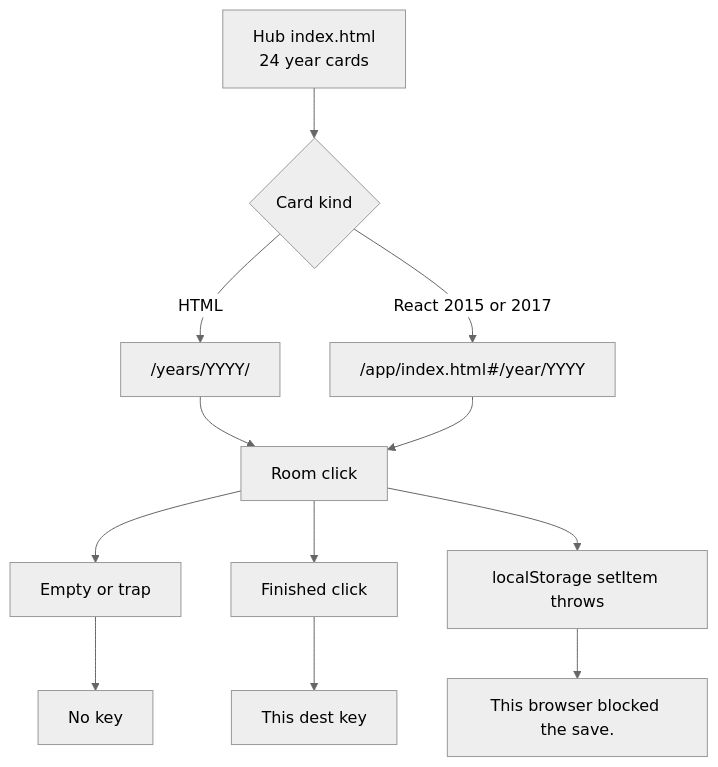
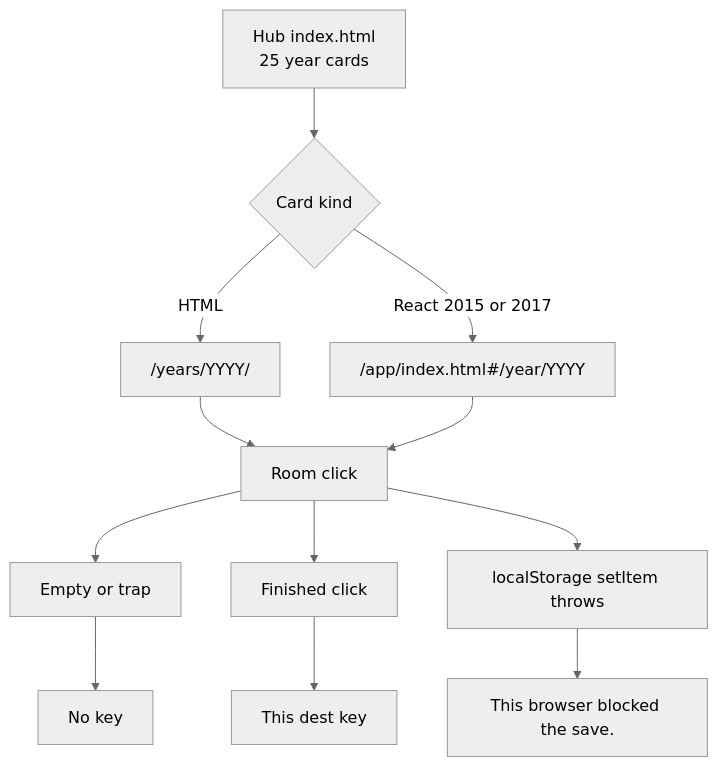
The first of 5 diagrams in docs/FLOW-CHECK-DIAGRAM.md (sourabhligade/internet-through-time), drawn with Mermaid (neutral theme) before and after one commit. The commit also changed other lines of this file and 120 other files, not shown here.

````diff
--- a/docs/FLOW-CHECK-DIAGRAM.md
+++ b/docs/FLOW-CHECK-DIAGRAM.md
@@ -21,14 +21,14 @@
 ```mermaid
 flowchart TD
- HUB["Hub index.html<br/>24 year cards"] --> KIND{"Card kind"}
+ HUB["Hub index.html<br/>25 year cards"] --> KIND{"Card kind"}
  KIND -->|HTML| YEAR["/years/YYYY/"]
  KIND -->|React 2015 or 2017| REACT["/app/index.html#/year/YYYY"]
  YEAR --> ROOM["Room click"]
  REACT --> ROOM
  ROOM --> EMPTY["Empty or trap"]
  ROOM --> DONE["Finished click"]
  ROOM --> BLOCK["localStorage setItem throws"]
  EMPTY --> NOKEY["No key"]
  DONE --> KEY["This dest key"]
  BLOCK --> MSG["This browser blocked the save."]
 ```
````
